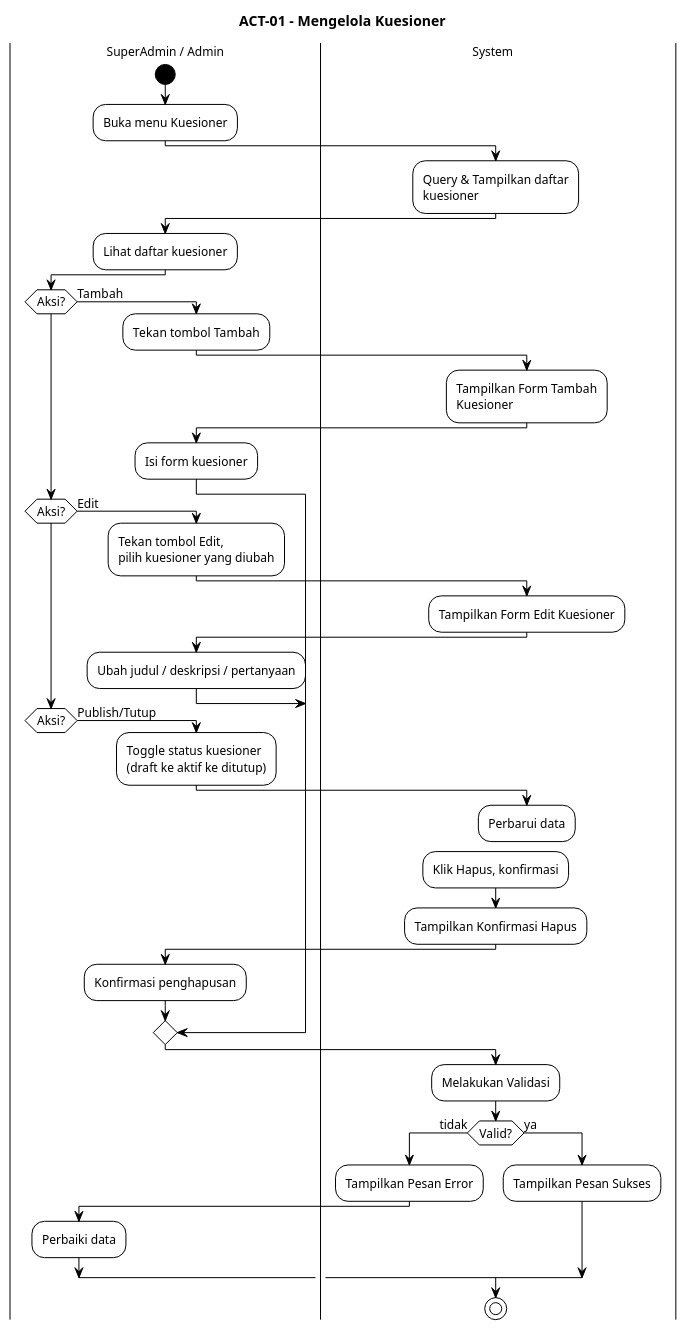
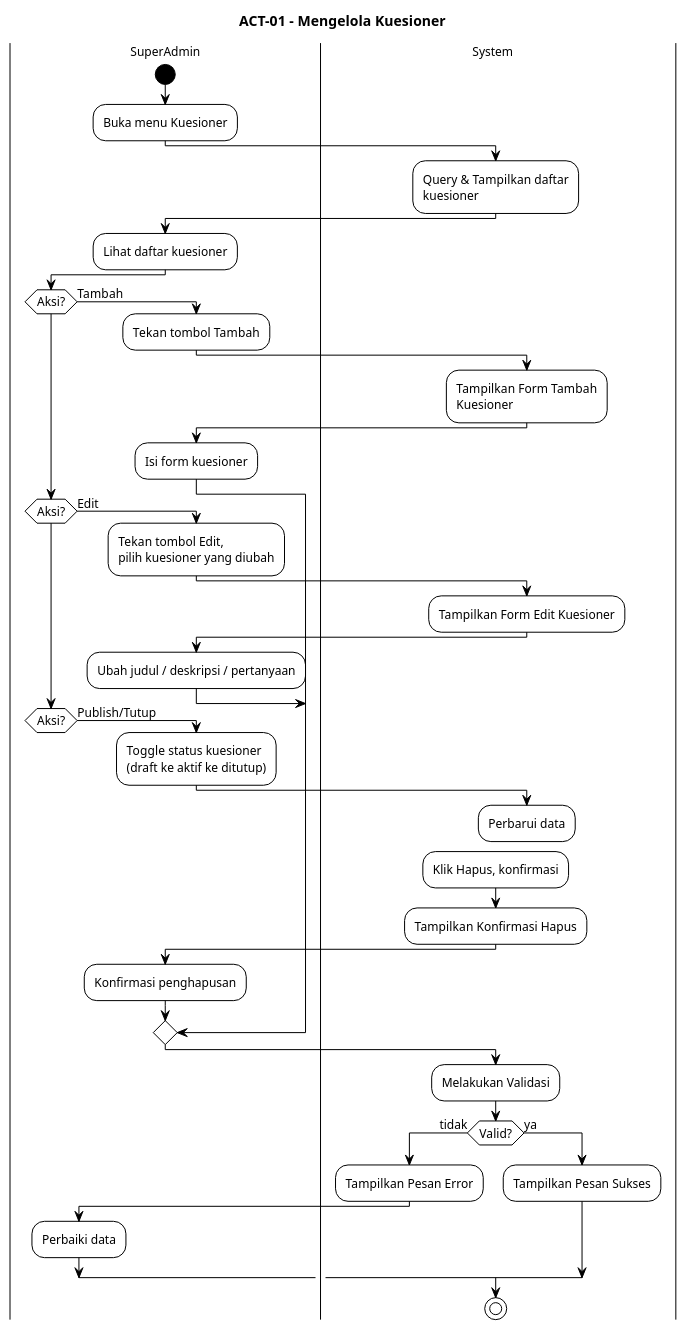
The diagram in docs/kuesioner/activity/ACT_01_MENGELOLA_KUESIONER.puml (Habiboys/SILAB-DSI), drawn with PlantUML before and after one commit. The commit also changed 261 other files, not shown here.

```diff
--- a/docs/kuesioner/activity/ACT_01_MENGELOLA_KUESIONER.puml
+++ b/docs/kuesioner/activity/ACT_01_MENGELOLA_KUESIONER.puml
@@ -1,64 +1,64 @@
 @startuml ACT_01_MENGELOLA_KUESIONER
 !theme plain
 !pragma useVerticalIf on
 scale max 1600 width
 skinparam wrapWidth 200
 skinparam defaultFontSize 12
 skinparam TitleFontSize 14
 skinparam swimlaneWidth 260
 skinparam ActivityStartColor black
 skinparam ActivityEndColor black
 skinparam ConditionEndStyle hline
 title ACT-01 - Mengelola Kuesioner
 
-|SuperAdmin / Admin|
+|SuperAdmin|
 |System|
 
-|SuperAdmin / Admin|
+|SuperAdmin|
 start
 :Buka menu Kuesioner;
 |System|
 :Query & Tampilkan daftar kuesioner;
-|SuperAdmin / Admin|
+|SuperAdmin|
 :Lihat daftar kuesioner;
 
 if (Aksi?) then (Tambah)
   :Tekan tombol Tambah;
   |System|
   :Tampilkan Form Tambah Kuesioner;
-  |SuperAdmin / Admin|
+  |SuperAdmin|
   :Isi form kuesioner;
 
 elseif (Aksi?) then (Edit)
   :Tekan tombol Edit,\npilih kuesioner yang diubah;
   |System|
   :Tampilkan Form Edit Kuesioner;
-  |SuperAdmin / Admin|
+  |SuperAdmin|
   :Ubah judul / deskripsi / pertanyaan;
 
 elseif (Aksi?) then (Publish/Tutup)
   :Toggle status kuesioner\n(draft ke aktif ke ditutup);
   |System|
   :Perbarui data;
 
 else (Hapus)
   :Klik Hapus, konfirmasi;
   |System|
   :Tampilkan Konfirmasi Hapus;
-  |SuperAdmin / Admin|
+  |SuperAdmin|
   :Konfirmasi penghapusan;
 endif
 
 |System|
 :Melakukan Validasi;
 if (Valid?) then (tidak)
   :Tampilkan Pesan Error;
-  |SuperAdmin / Admin|
+  |SuperAdmin|
   :Perbaiki data;
   |System|
 else (ya)
   :Tampilkan Pesan Sukses;
 endif
 
 stop
 @enduml
```
